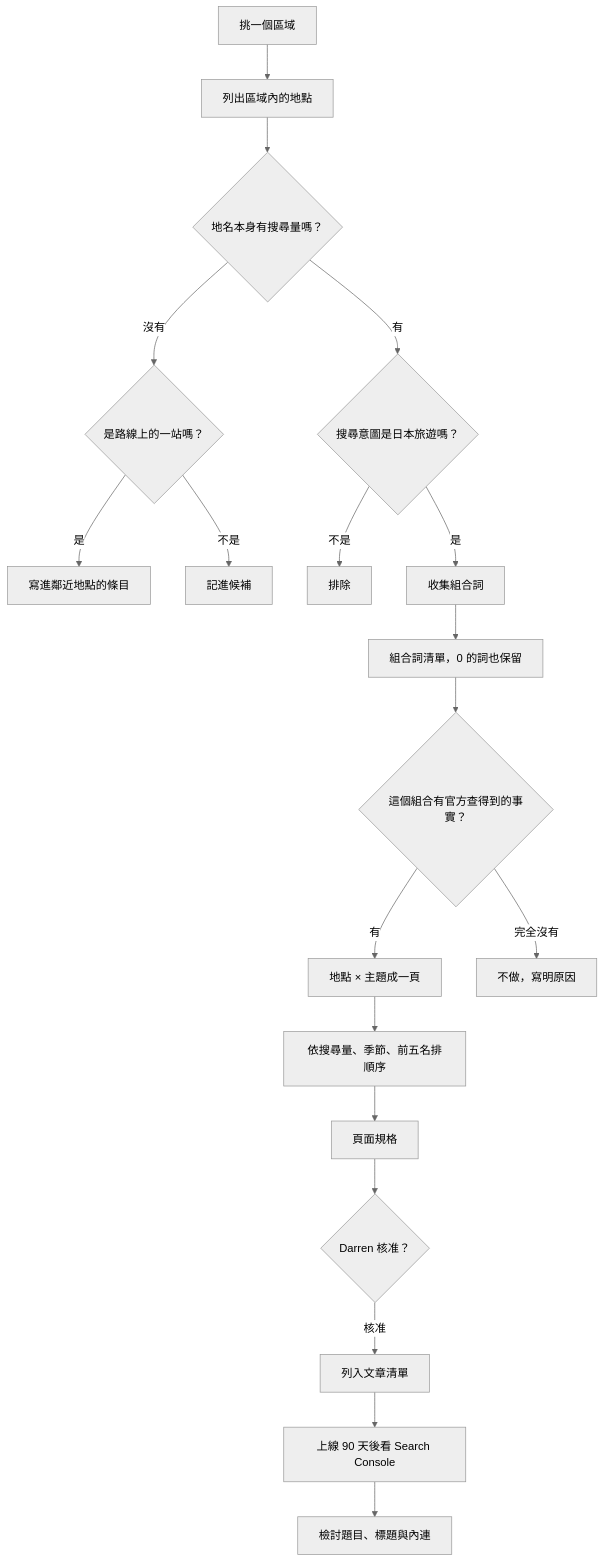
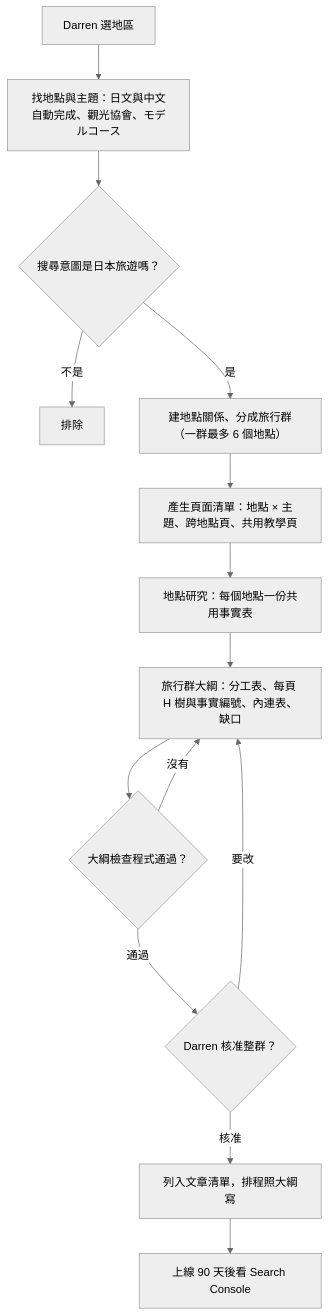
Before and after one commit to maoyao030/japan-travel: the diagram in .agents/skills/japan-travel-topic-planner/references/selection-workflow.md, drawn with Mermaid (neutral theme). The commit also changed other lines of this file and 15 other files, not shown here.

````diff
--- a/.agents/skills/japan-travel-topic-planner/references/selection-workflow.md
+++ b/.agents/skills/japan-travel-topic-planner/references/selection-workflow.md
@@ -5,21 +5,16 @@
 ```mermaid
 flowchart TD
-    A["挑一個區域"] --> B["列出區域內的地點"]
-    B --> C{"地名本身有搜尋量嗎？"}
-    C -- "沒有" --> C1{"是路線上的一站嗎？"}
-    C1 -- "是" --> C2["寫進鄰近地點的條目"]
-    C1 -- "不是" --> C3["記進候補"]
-    C -- "有" --> D{"搜尋意圖是日本旅遊嗎？"}
-    D -- "不是" --> D1["排除"]
-    D -- "是" --> E["收集組合詞"]
-    E --> F["組合詞清單，0 的詞也保留"]
-    F --> G{"這個組合有官方查得到的事實？"}
-    G -- "有" --> H["地點 × 主題成一頁"]
-    G -- "完全沒有" --> I["不做，寫明原因"]
-    H --> J["依搜尋量、季節、前五名排順序"]
-    J --> L["頁面規格"]
-    L --> M{"Darren 核准？"}
-    M -- "核准" --> N["列入文章清單"]
-    N --> O["上線 90 天後看 Search Console"]
-    O --> P["檢討題目、標題與內連"]
+    A["Darren 選地區"] --> B["找地點與主題：日文與中文自動完成、觀光協會、モデルコース"]
+    B --> C{"搜尋意圖是日本旅遊嗎？"}
+    C -- "不是" --> C1["排除"]
+    C -- "是" --> D["建地點關係、分成旅行群（一群最多 6 個地點）"]
+    D --> E["產生頁面清單：地點 × 主題、跨地點頁、共用教學頁"]
+    E --> F["地點研究：每個地點一份共用事實表"]
+    F --> G["旅行群大綱：分工表、每頁 H 樹與事實編號、內連表、缺口"]
+    G --> H{"大綱檢查程式通過？"}
+    H -- "沒有" --> G
+    H -- "通過" --> I{"Darren 核准整群？"}
+    I -- "要改" --> G
+    I -- "核准" --> J["列入文章清單，排程照大綱寫"]
+    J --> K["上線 90 天後看 Search Console"]
 ```
````
